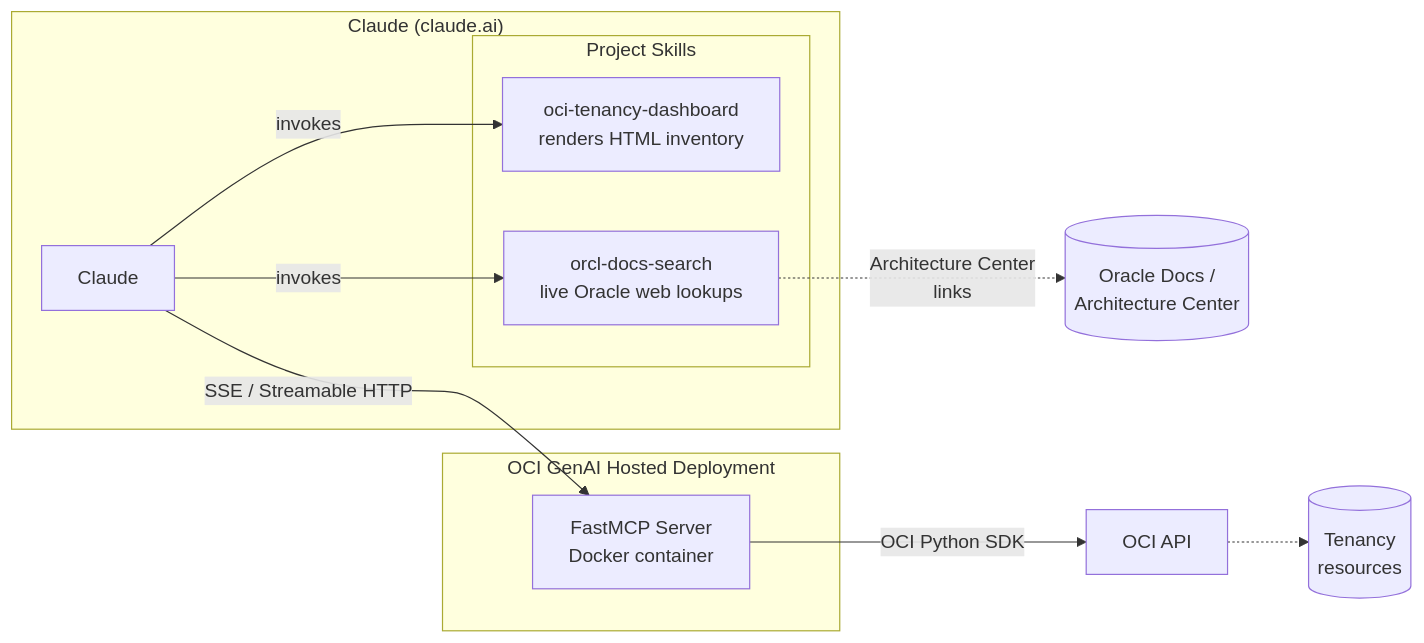
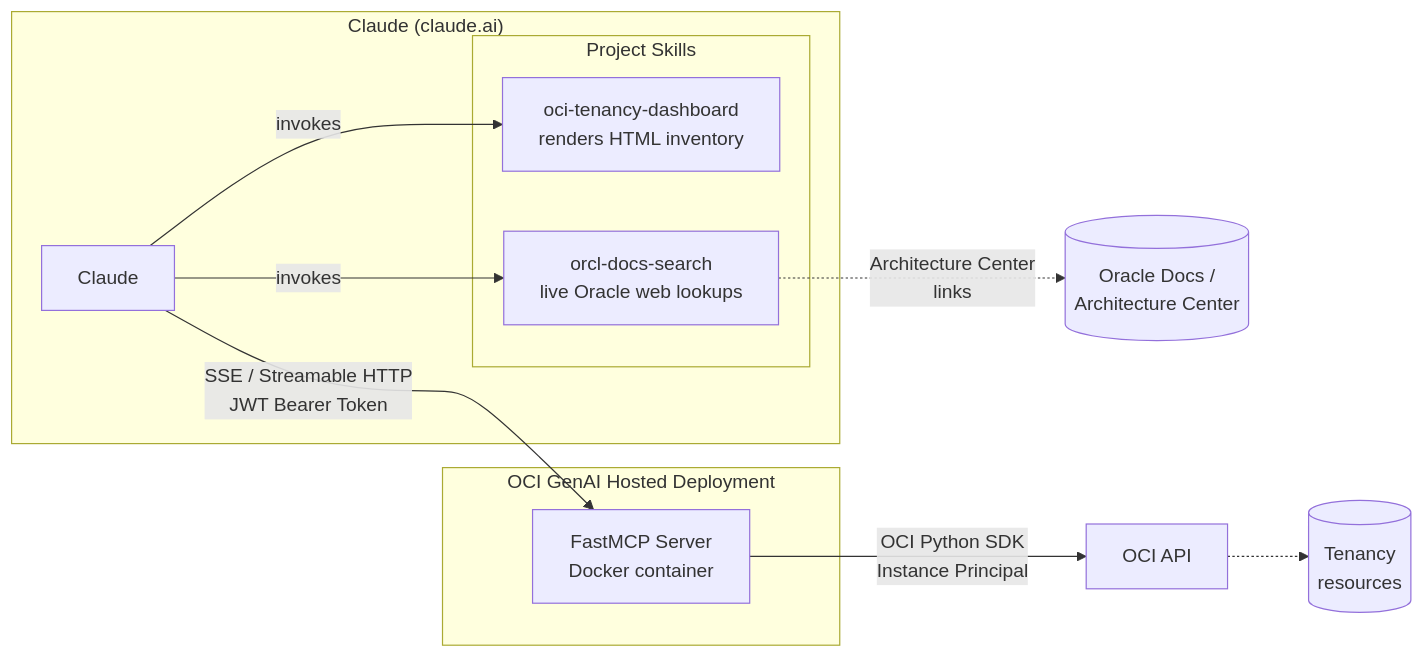
Before and after one commit to aszynkow/oci_hosted_mcp: the diagram in README.md, drawn with Mermaid.

Commit message:
init 1.0.3

````diff
--- a/README.md
+++ b/README.md
@@ -460,19 +460,19 @@
 ```mermaid
 flowchart LR
     subgraph ClaudeSide["Claude (claude.ai)"]
         A[Claude]
         subgraph Skills["Project Skills"]
             S1[oci-tenancy-dashboard<br/>renders HTML inventory]
             S2[orcl-docs-search<br/>live Oracle web lookups]
         end
         A -- invokes --> S1
         A -- invokes --> S2
     end
-    A -- SSE / Streamable HTTP --> B[FastMCP Server<br/>Docker container]
+    A -- SSE / Streamable HTTP<br/>JWT Bearer Token --> B[FastMCP Server<br/>Docker container]
     S2 -. Architecture Center<br/>links .-> WEB[(Oracle Docs /<br/>Architecture Center)]
-    B -- OCI Python SDK --> C[OCI API]
+    B -- OCI Python SDK<br/>Instance Principal --> C[OCI API]
     subgraph Hosted["OCI GenAI Hosted Deployment"]
         B
     end
     C -.-> D[(Tenancy<br/>resources)]
 ```
````
